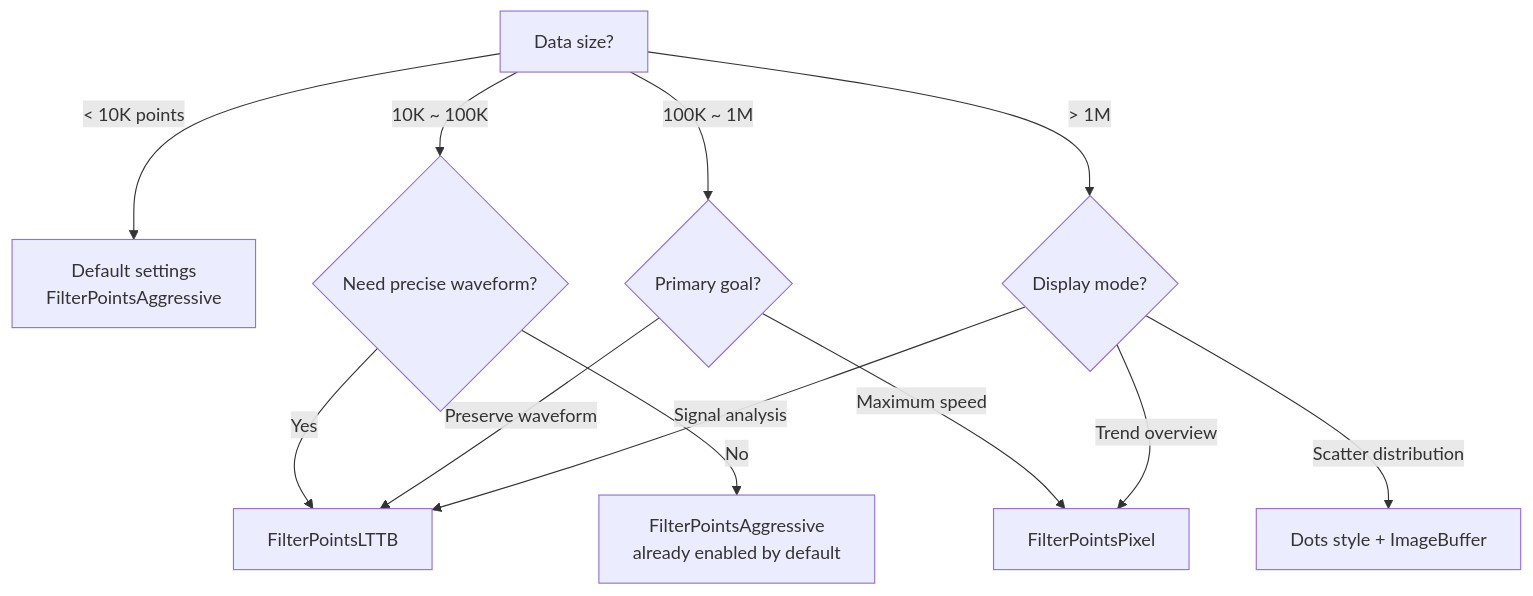
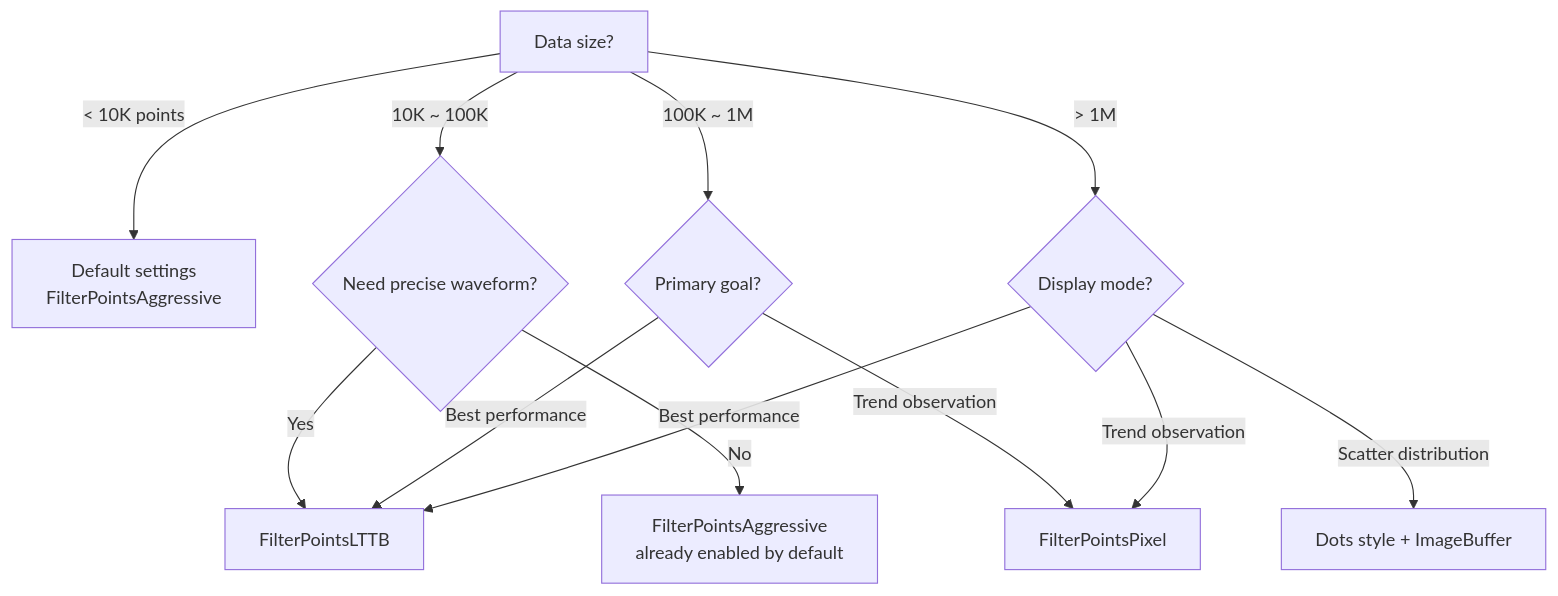
The second of 2 diagrams in docs/en/use-guide/curve.md (space-ast/QWT), drawn with Mermaid before and after one commit. The commit also changed other lines of this file and 4 other files, not shown here.

````diff
--- a/docs/en/use-guide/curve.md
+++ b/docs/en/use-guide/curve.md
@@ -375,14 +376,14 @@
 ```mermaid
 graph TD
     A[Data size?] -->|"< 10K points"| B[Default settings<br/>FilterPointsAggressive]
     A -->|"10K ~ 100K"| C{Need precise waveform?}
     C -->|Yes| D[FilterPointsLTTB]
     C -->|No| E[FilterPointsAggressive<br/>already enabled by default]
     A -->|"100K ~ 1M"| F{Primary goal?}
-    F -->|Maximum speed| G[FilterPointsPixel]
-    F -->|Preserve waveform| D
+    F -->|Best performance| D
+    F -->|Trend observation| G[FilterPointsPixel]
     A -->|"> 1M"| H{Display mode?}
-    H -->|Trend overview| G
+    H -->|Best performance| D
     H -->|Scatter distribution| I["Dots style + ImageBuffer"]
-    H -->|Signal analysis| D
+    H -->|Trend observation| G
 ```
````
